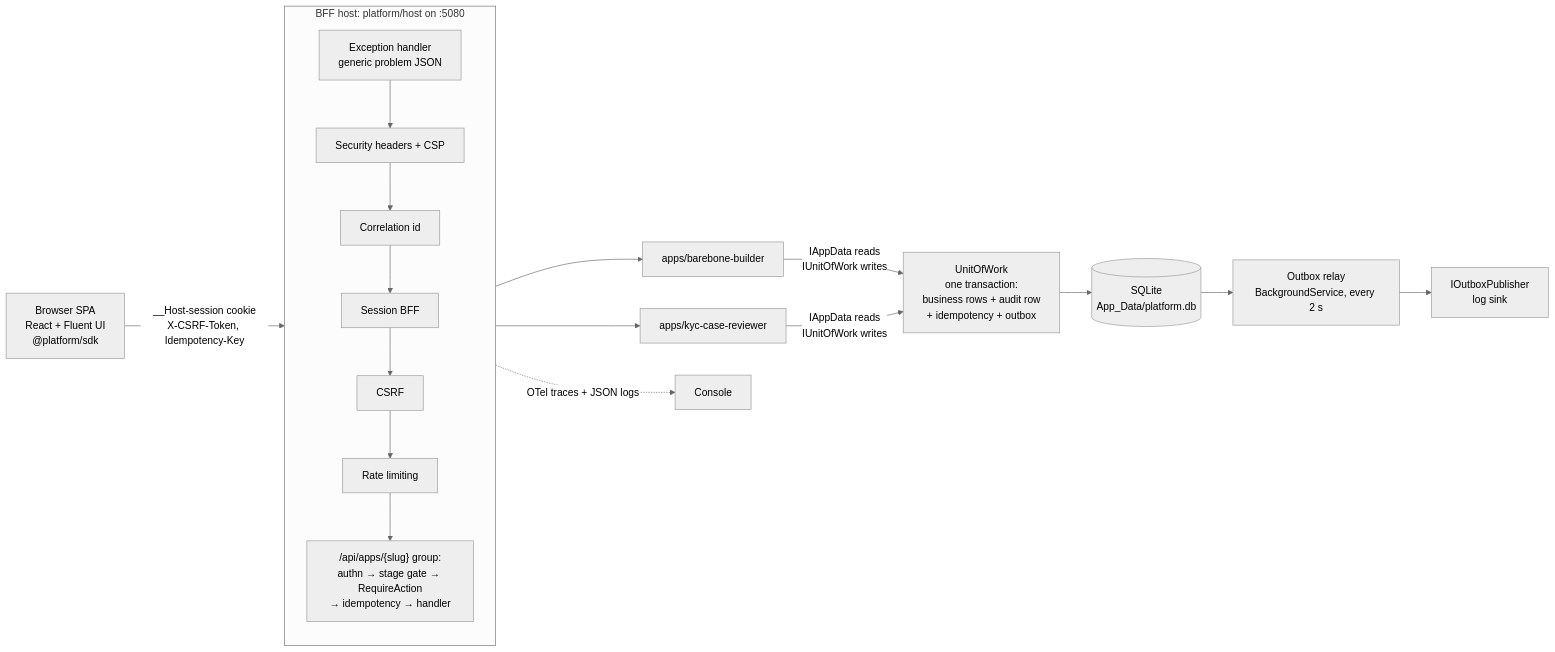
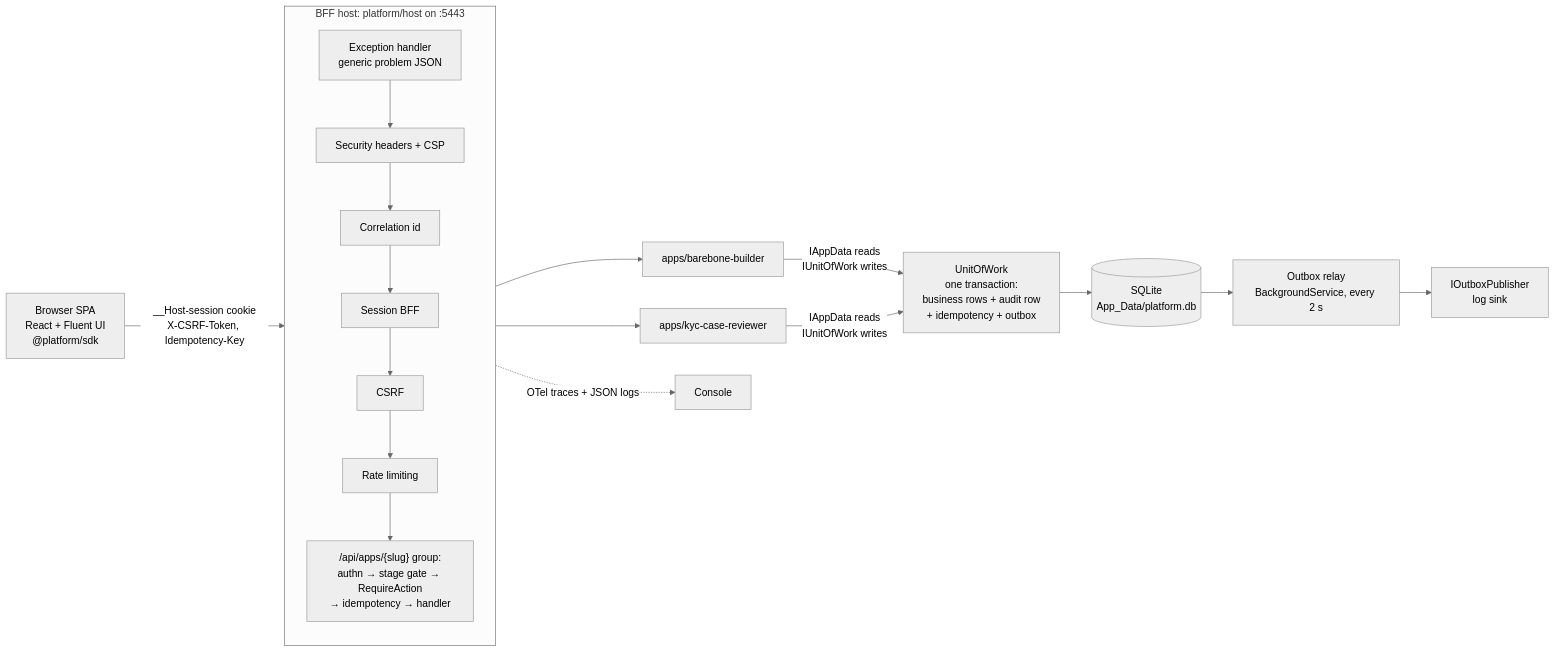
The diagram in README.md (ShandilyaHarsh/Devin), drawn with Mermaid (neutral theme) before and after one commit. The commit also changed other lines of this file and 5 other files, not shown here.

````diff
--- a/README.md
+++ b/README.md
@@ -53,18 +56,18 @@
 ```mermaid
 flowchart LR
   B[Browser SPA<br/>React + Fluent UI<br/>@platform/sdk] -- "__Host-session cookie<br/>X-CSRF-Token, Idempotency-Key" --> H
 
-  subgraph H[BFF host: platform/host on :5080]
+  subgraph H[BFF host: platform/host on :5443]
     direction TB
     P1[Exception handler<br/>generic problem JSON] --> P2[Security headers + CSP]
     P2 --> P3[Correlation id] --> P4[Session BFF] --> P5[CSRF] --> P6[Rate limiting]
     P6 --> G["/api/apps/{slug} group:<br/>authn → stage gate → RequireAction<br/>→ idempotency → handler"]
   end
 
   G --> A1[apps/barebone-builder]
   G --> A2[apps/kyc-case-reviewer]
   A1 & A2 -- "IAppData reads<br/>IUnitOfWork writes" --> U[UnitOfWork<br/>one transaction:<br/>business rows + audit row<br/>+ idempotency + outbox]
   U --> D[(SQLite<br/>App_Data/platform.db)]
   D --> R[Outbox relay<br/>BackgroundService, every 2 s] --> L[IOutboxPublisher<br/>log sink]
   H -. OTel traces + JSON logs .-> C[Console]
 ```
````
